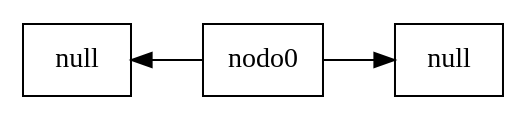
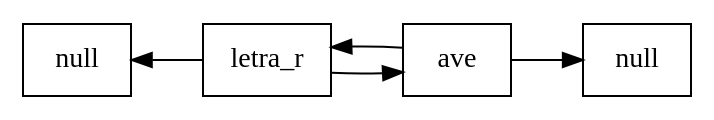
Before and after one commit to Ssolares0/EDD_VJ1S2023_PY_202004822: the diagram in FASE1/Reportes/ListaImagenes.dot, drawn with Graphviz. The commit also changed 6 other files, not shown here.

```diff
--- a/FASE1/Reportes/ListaImagenes.dot
+++ b/FASE1/Reportes/ListaImagenes.dot
@@ -1,8 +1,12 @@
 digraph lista{
 rankdir=LR;
 node[shape = record];
 nodonull1[label="null"];
 nodonull2[label="null"];
 nodonull1->nodo0 [dir=back];
-nodo0->nodonull2;
+nodo0[label="letra_r"];
+nodo1[label="ave"];
+nodo0->nodo1;
+nodo1->nodo0;
+nodo1->nodonull2;
 }
```
